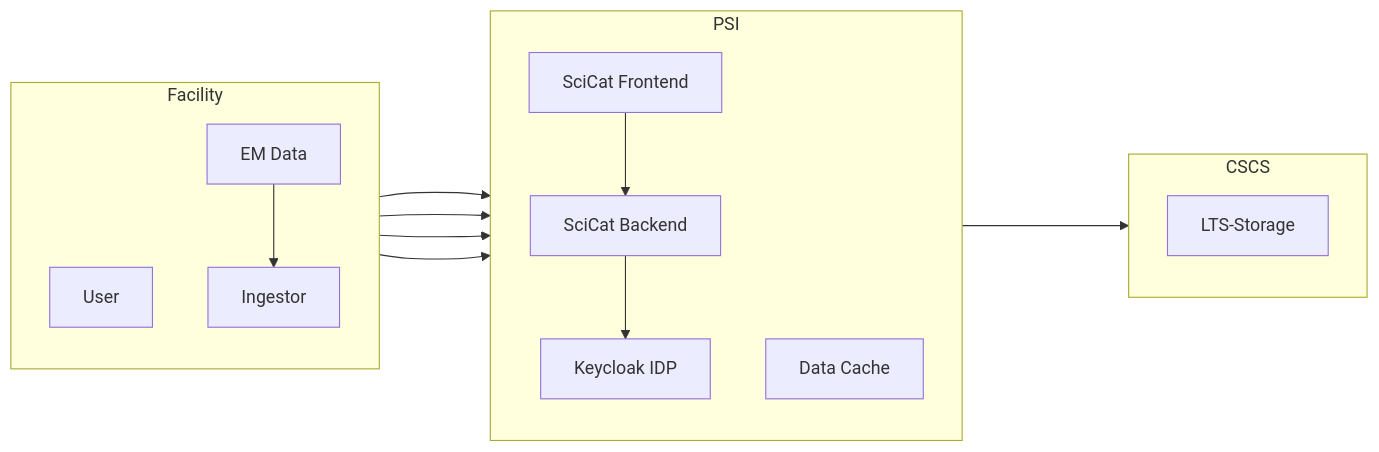
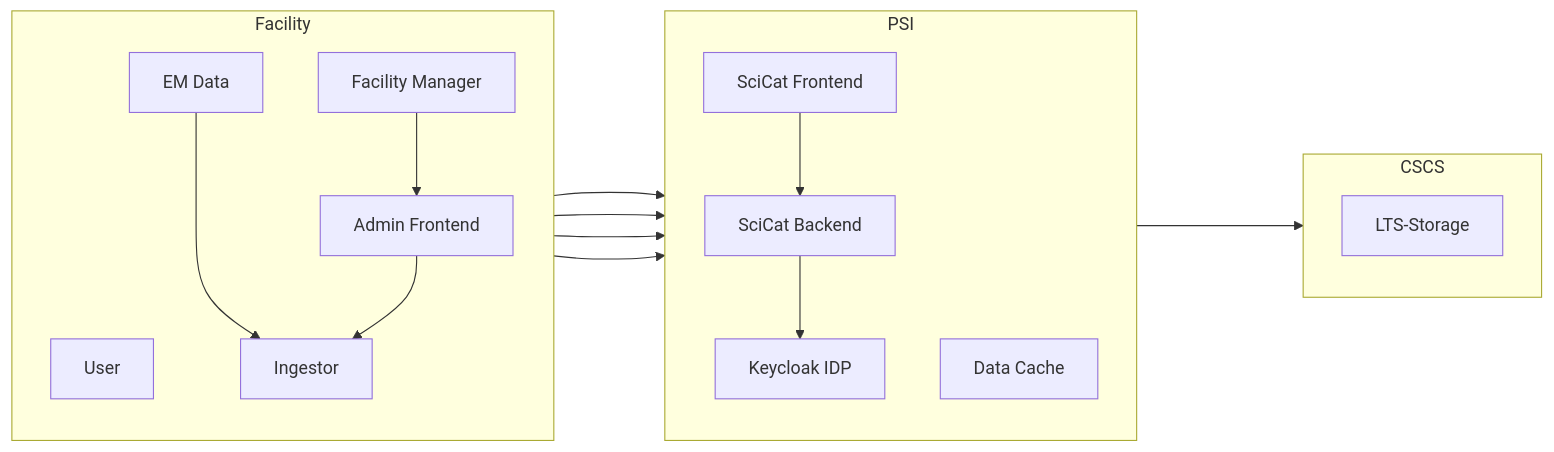
One commit to SwissOpenEM/openem-docs changed the diagram in docs/admin-pages/access-overview.md. Above: the diagram before and after it, drawn with Mermaid. The commit also changed other lines of this file, not shown here.

````diff
--- a/docs/admin-pages/access-overview.md
+++ b/docs/admin-pages/access-overview.md
@@ -32,36 +34,41 @@
 ```mermaid
 flowchart LR
     subgraph Facility
         %% Entities
         direction TB
         user[User]
+        faManager[Facility Manager]
+        adminInterface[Admin Frontend]
         ingestor[Ingestor]
+        emData[EM Data]
 
         %% Connections
-        emData[EM Data] --> ingestor 
+        emData ---> ingestor 
+        faManager --> adminInterface
+        adminInterface --> ingestor
     end
     subgraph PSI
         %% Entities
         direction TB
         scicatbackend[SciCat Backend]
         scicatfrontend[SciCat Frontend]
         dataCache[Data Cache]
         keycloak[Keycloak IDP]
 
         %% Connections
         scicatfrontend --> scicatbackend
         scicatbackend --> keycloak
     end
     subgraph CSCS
         direction TB
         lts[LTS-Storage]
     end
 
     %% Connections (between subentities)
 
     user ---> scicatfrontend
     ingestor --> scicatbackend
     ingestor --> dataCache
     ingestor --> keycloak
     dataCache ----> lts
 ```
````
